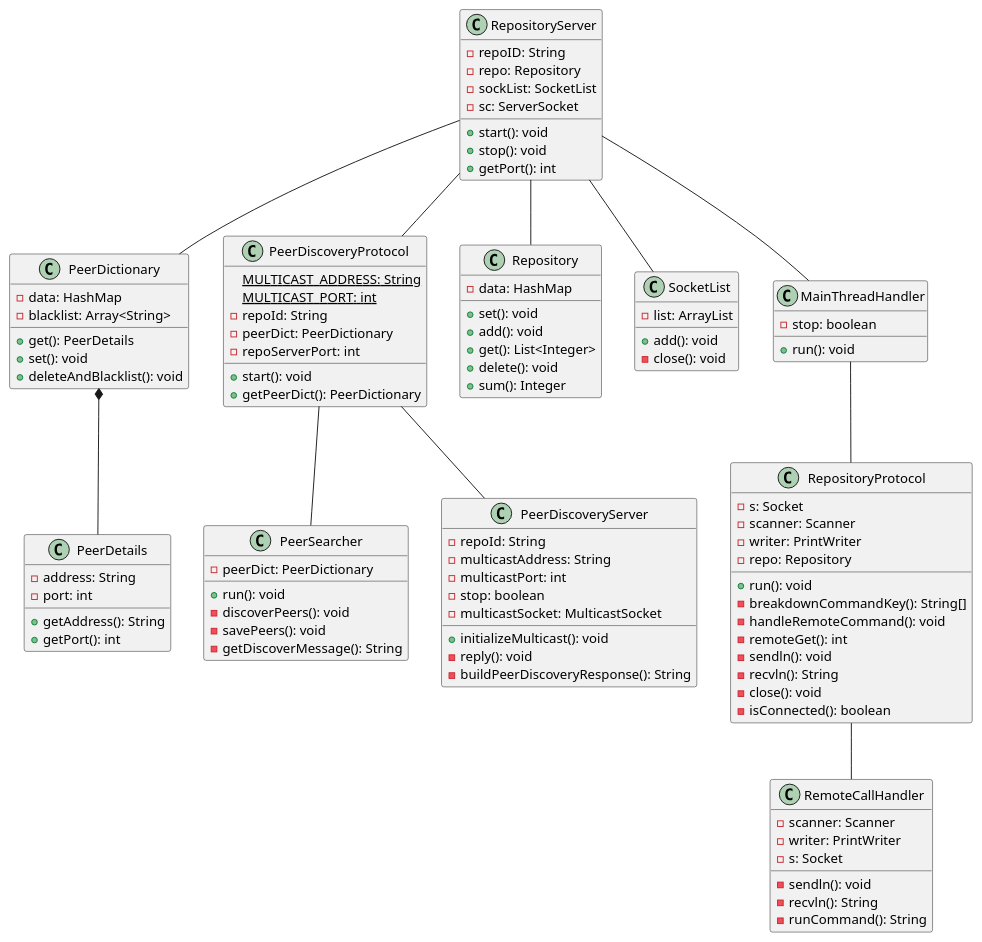
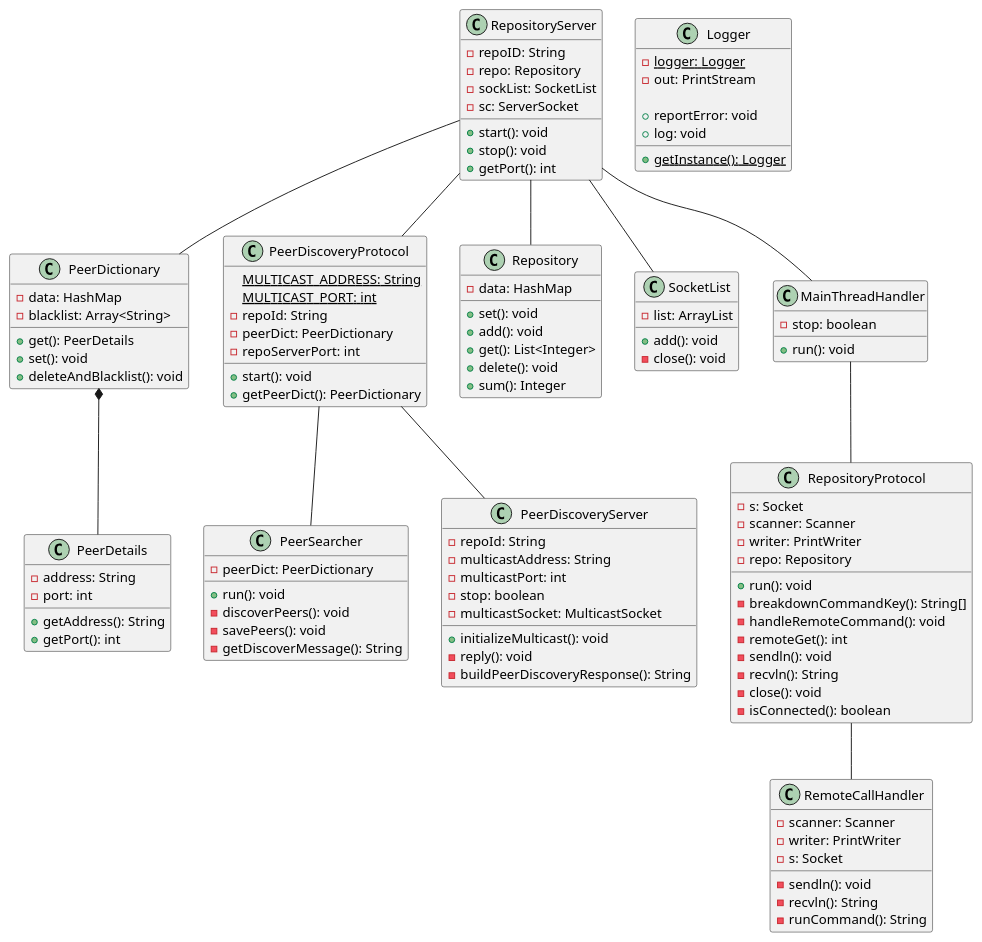
Before and after one commit to jamestjw/comp6231-s22: the diagram in assignment-1/src/com/assignment1/class-diagram.puml, drawn with PlantUML.

Commit message:
Add logger to uml diagram

```diff
--- a/assignment-1/src/com/assignment1/class-diagram.puml
+++ b/assignment-1/src/com/assignment1/class-diagram.puml
@@ -1,128 +1,137 @@
 @startuml
 class PeerDetails {
     - address: String
     - port: int
     
     + getAddress(): String
     + getPort(): int
 }
 
 class PeerDictionary {
     - data: HashMap
     - blacklist: Array<String>
 
     + get(): PeerDetails
     + set(): void
     + deleteAndBlacklist(): void
 }
 
 PeerDictionary *-- PeerDetails
 
 class PeerSearcher {
     - peerDict: PeerDictionary
 
     + run(): void
     - discoverPeers(): void
     - savePeers(): void
     - getDiscoverMessage(): String
 }
 
 class PeerDiscoveryServer {
     - repoId: String
     - multicastAddress: String
     - multicastPort: int
     ' TODO: Need this?
     - stop: boolean
     - multicastSocket: MulticastSocket
     
     + initializeMulticast(): void
     - reply(): void
     - buildPeerDiscoveryResponse(): String
 }
 
 class PeerDiscoveryProtocol {
     {static} MULTICAST_ADDRESS: String
     {static} MULTICAST_PORT: int
     - repoId: String
     - peerDict: PeerDictionary
     - repoServerPort: int
 
     + start(): void
     + getPeerDict(): PeerDictionary
 }
 
 PeerDiscoveryProtocol -- PeerDiscoveryServer
 PeerDiscoveryProtocol -- PeerSearcher
 
 class Repository {
     - data: HashMap
 
     + set(): void
     + add(): void
     + get(): List<Integer>
     + delete(): void
     + sum(): Integer
 }
 
 class SocketList {
     - list: ArrayList
 
     + add(): void
     ' TODO: Need this?
     - close(): void
 }
 
 class RepositoryProtocol {
     - s: Socket
     - scanner: Scanner
     - writer: PrintWriter
     - repo: Repository
 
     + run(): void
     - breakdownCommandKey(): String[]
     - handleRemoteCommand(): void
     - remoteGet(): int
     - sendln(): void
     - recvln(): String
     - close(): void
     - isConnected(): boolean
 }
 
 class RemoteCallHandler {
     - scanner: Scanner
     - writer: PrintWriter
     - s: Socket
 
     - sendln(): void
     - recvln(): String
     - runCommand(): String
 }
 
 RepositoryProtocol -- RemoteCallHandler
 
 class MainThreadHandler {
     - stop: boolean
     + run(): void
 }
 
 MainThreadHandler -- RepositoryProtocol
 
 class RepositoryServer {
     - repoID: String
     - repo: Repository
     - sockList: SocketList
     - sc: ServerSocket
  
     + start(): void
     ' TODO: Check if this is still necessary
     + stop(): void
     + getPort(): int
 }
 
 RepositoryServer -- PeerDiscoveryProtocol
 RepositoryServer -- PeerDictionary
 RepositoryServer -- Repository
 RepositoryServer -- SocketList
 RepositoryServer -- MainThreadHandler
 
+class Logger {
+    - {static} logger: Logger
+    - out: PrintStream
+
+    + {static} getInstance(): Logger
+    + reportError: void
+    + log: void
+}
+
 @enduml
```
